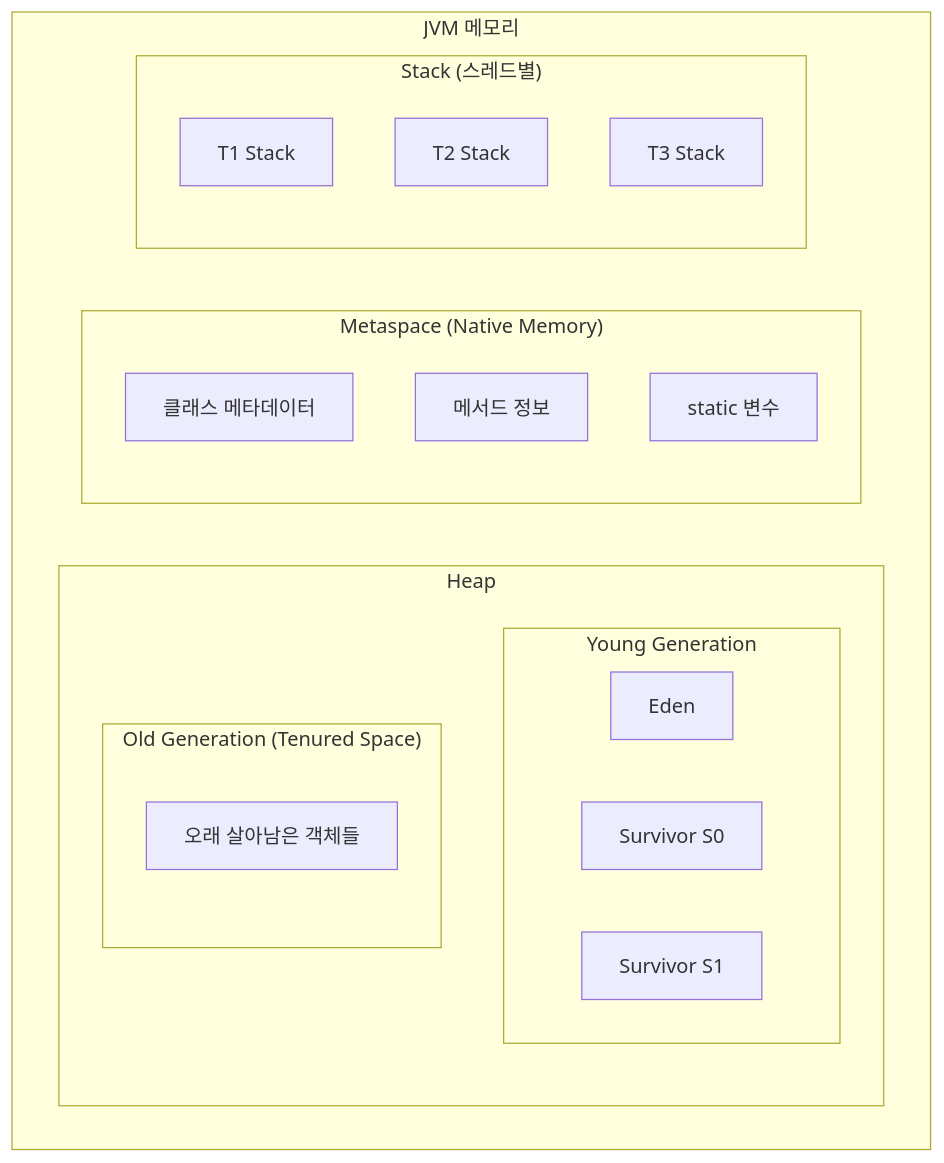
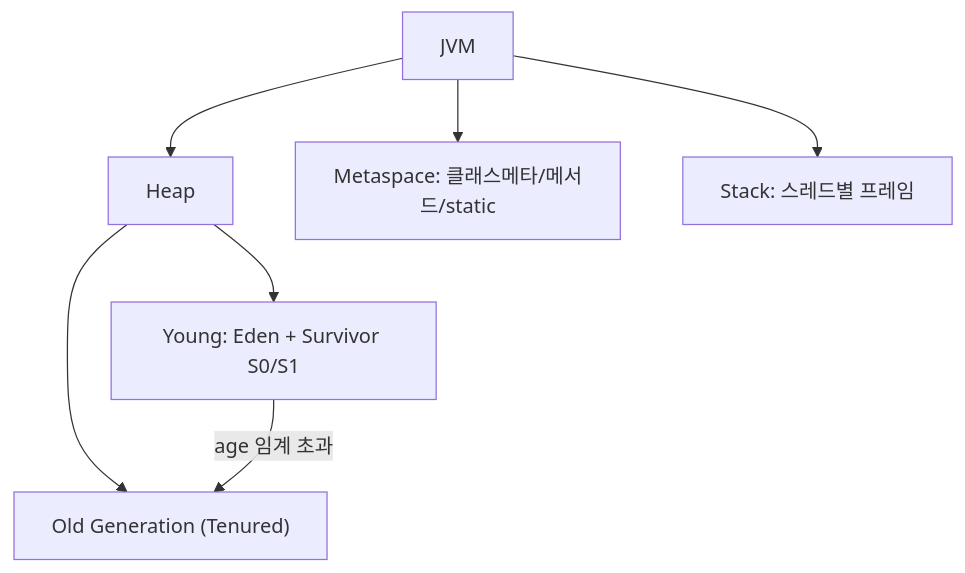
One commit to yjkim2015/yjkim2015.github.io changed the second of 29 diagrams in _posts/java/2026-05-01-java-garbage-collector.md. Above: the diagram before and after it, drawn with Mermaid. The commit also changed other lines of this file and 215 other files, not shown here.

First line of the commit message:
신규 포스트 10개 추가 + Mermaid 전면 축소 + SystemDesign 시리즈 보강

````diff
--- a/_posts/java/2026-05-01-java-garbage-collector.md
+++ b/_posts/java/2026-05-01-java-garbage-collector.md
@@ -40,25 +40,7 @@
 ```mermaid
 graph TD
-  subgraph JVM["JVM 메모리"]
-    subgraph Heap
-      subgraph Young["Young Generation"]
-        Eden
-        S0["Survivor S0"]
-        S1["Survivor S1"]
-      end
-      subgraph Old["Old Generation (Tenured Space)"]
-        OLD["오래 살아남은 객체들"]
-      end
-    end
-    subgraph Meta["Metaspace (Native Memory)"]
-      M1["클래스 메타데이터"]
-      M2["메서드 정보"]
-      M3["static 변수"]
-    end
-    subgraph Stacks["Stack (스레드별)"]
-      ST1["T1 Stack"]
-      ST2["T2 Stack"]
-      ST3["T3 Stack"]
-    end
-  end
+    Heap --> Young["Young: Eden + Survivor S0/S1"]
+    Heap --> Old["Old Generation (Tenured)"]
+    Young -->|"age 임계 초과"| Old
+    JVM --> Heap & Metaspace["Metaspace: 클래스메타/메서드/static"] & Stack["Stack: 스레드별 프레임"]
 ```
````
